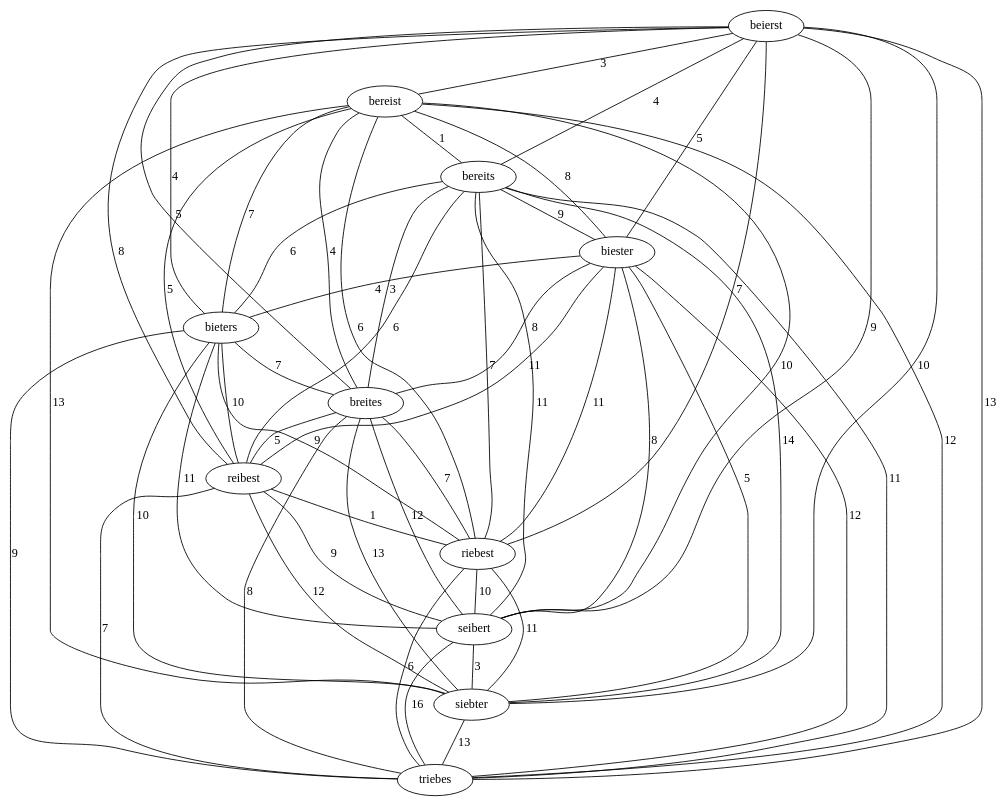
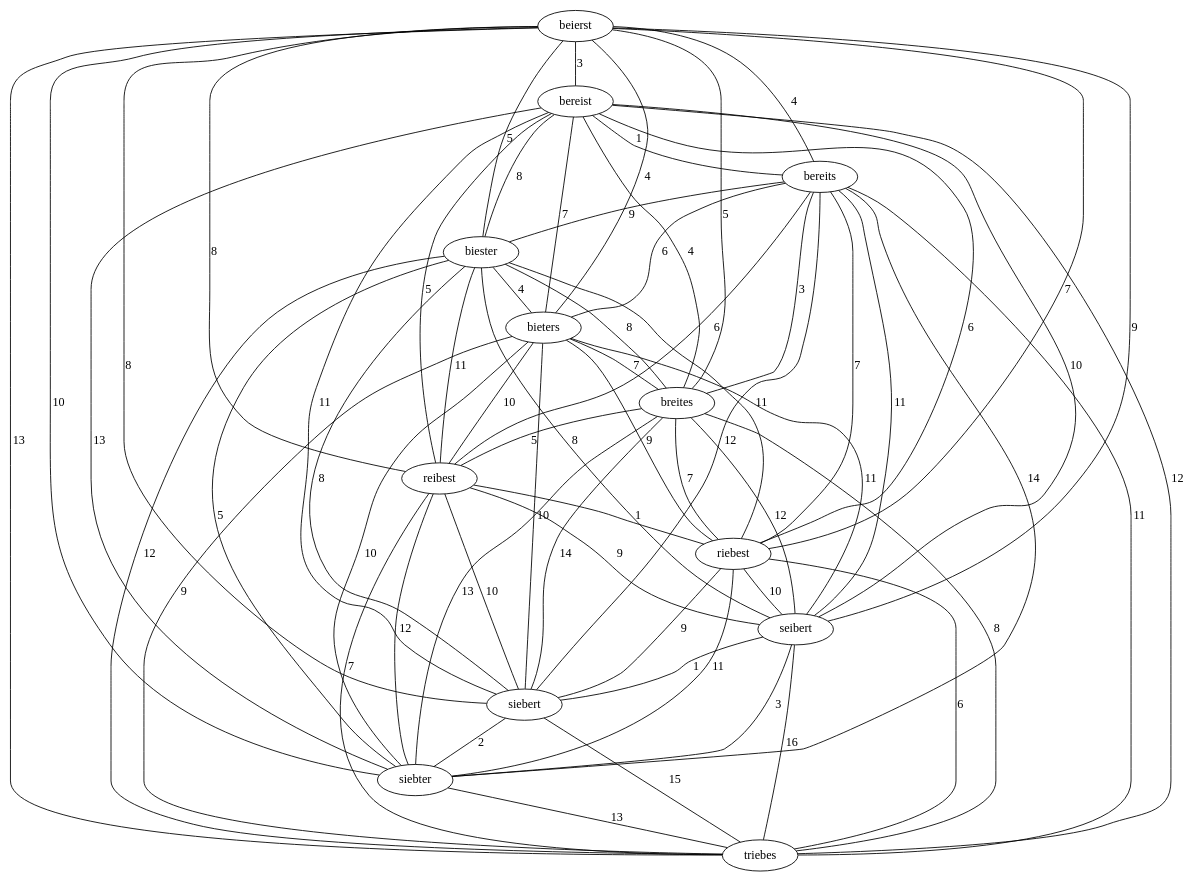
Before and after one commit to increpare/Galaktisches_Etymologieforschungsinstitut: the diagram in output/dot/DE_beierst.dot, drawn with Graphviz. The commit also changed 21 other files, not shown here.

```diff
--- a/output/dot/DE_beierst.dot
+++ b/output/dot/DE_beierst.dot
@@ -1,57 +1,68 @@
 graph {
 	beierst -- bereist [ label="3" ];
 	beierst -- bereits [ label="4" ];
 	beierst -- biester [ label="5" ];
 	beierst -- bieters [ label="4" ];
 	beierst -- breites [ label="5" ];
 	beierst -- reibest [ label="8" ];
 	beierst -- riebest [ label="7" ];
 	beierst -- seibert [ label="9" ];
+	beierst -- siebert [ label="8" ];
 	beierst -- siebter [ label="10" ];
 	beierst -- triebes [ label="13" ];
 	bereist -- bereits [ label="1" ];
 	bereist -- biester [ label="8" ];
 	bereist -- bieters [ label="7" ];
 	bereist -- breites [ label="4" ];
 	bereist -- reibest [ label="5" ];
 	bereist -- riebest [ label="6" ];
 	bereist -- seibert [ label="10" ];
+	bereist -- siebert [ label="11" ];
 	bereist -- siebter [ label="13" ];
 	bereist -- triebes [ label="12" ];
 	bereits -- biester [ label="9" ];
 	bereits -- bieters [ label="6" ];
 	bereits -- breites [ label="3" ];
 	bereits -- reibest [ label="6" ];
 	bereits -- riebest [ label="7" ];
 	bereits -- seibert [ label="11" ];
+	bereits -- siebert [ label="12" ];
 	bereits -- siebter [ label="14" ];
 	bereits -- triebes [ label="11" ];
 	biester -- bieters [ label="4" ];
 	biester -- breites [ label="8" ];
 	biester -- reibest [ label="11" ];
 	biester -- riebest [ label="11" ];
 	biester -- seibert [ label="8" ];
+	biester -- siebert [ label="8" ];
 	biester -- siebter [ label="5" ];
 	biester -- triebes [ label="12" ];
 	bieters -- breites [ label="7" ];
 	bieters -- reibest [ label="10" ];
 	bieters -- riebest [ label="9" ];
 	bieters -- seibert [ label="11" ];
+	bieters -- siebert [ label="10" ];
 	bieters -- siebter [ label="10" ];
 	bieters -- triebes [ label="9" ];
 	breites -- reibest [ label="5" ];
 	breites -- riebest [ label="7" ];
 	breites -- seibert [ label="12" ];
+	breites -- siebert [ label="14" ];
 	breites -- siebter [ label="13" ];
 	breites -- triebes [ label="8" ];
 	reibest -- riebest [ label="1" ];
 	reibest -- seibert [ label="9" ];
+	reibest -- siebert [ label="10" ];
 	reibest -- siebter [ label="12" ];
 	reibest -- triebes [ label="7" ];
 	riebest -- seibert [ label="10" ];
+	riebest -- siebert [ label="9" ];
 	riebest -- siebter [ label="11" ];
 	riebest -- triebes [ label="6" ];
+	seibert -- siebert [ label="1" ];
 	seibert -- siebter [ label="3" ];
 	seibert -- triebes [ label="16" ];
+	siebert -- siebter [ label="2" ];
+	siebert -- triebes [ label="15" ];
 	siebter -- triebes [ label="13" ];
 }
```
